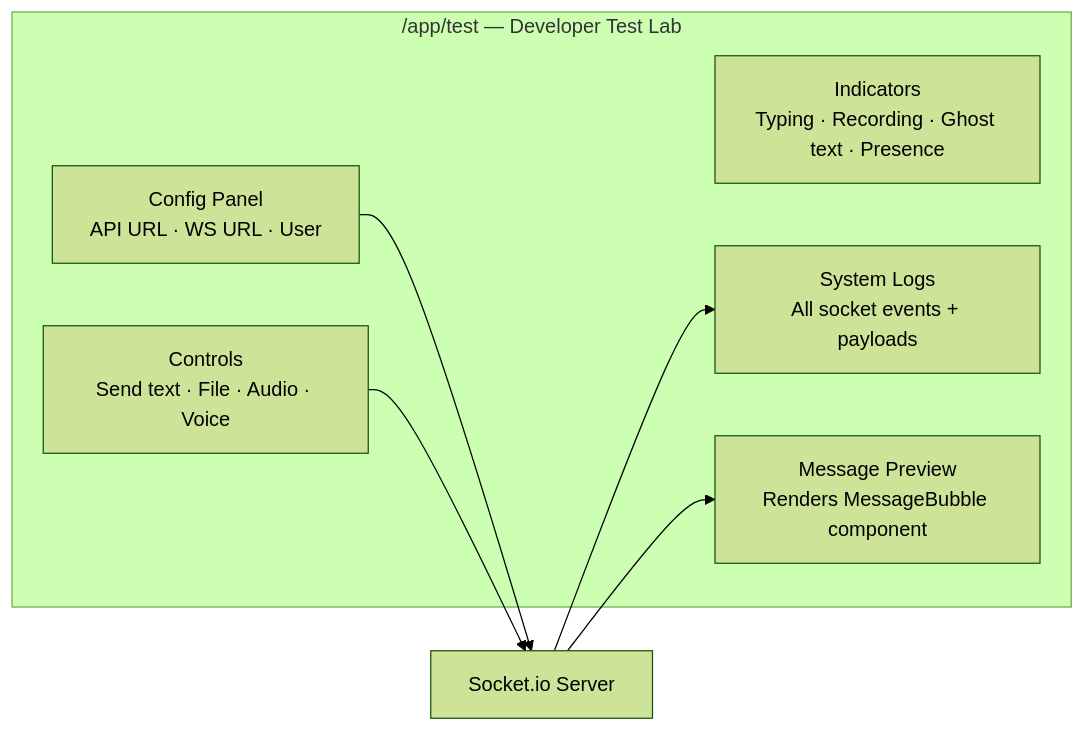
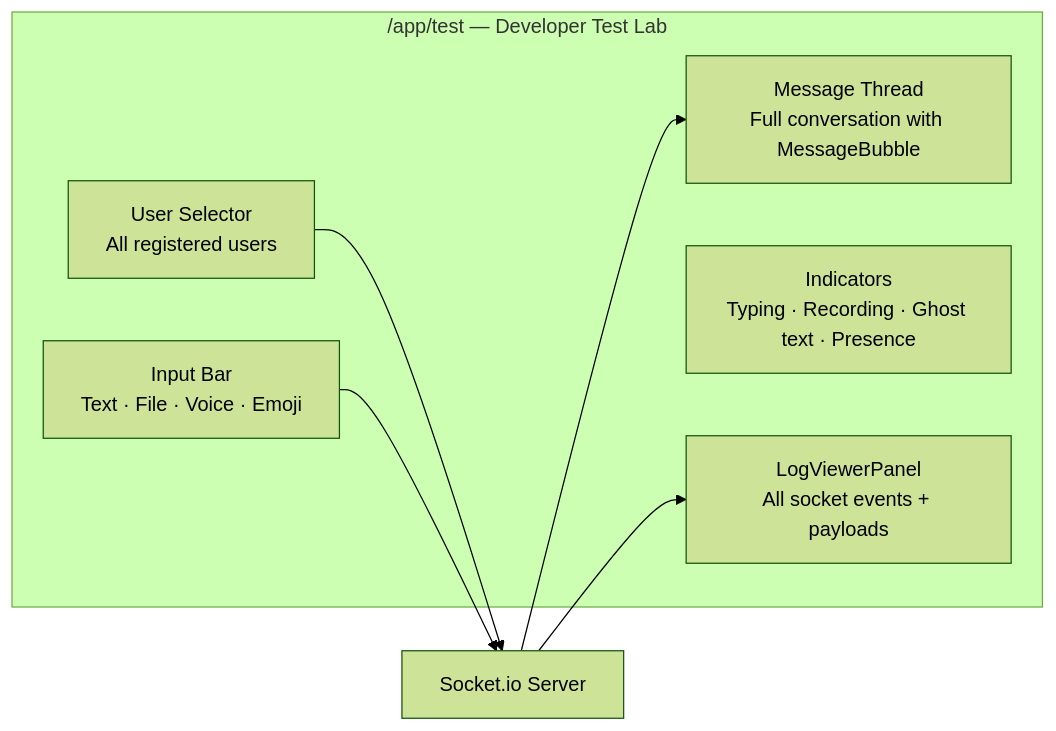
Before and after one commit to neofuture/chatr: the diagram in Documentation/Testing/index.md, drawn with Mermaid (forest theme). The commit also changed other lines of this file and 158 other files, not shown here.

````diff
--- a/Documentation/Testing/index.md
+++ b/Documentation/Testing/index.md
@@ -140,14 +140,14 @@
 ```mermaid
 graph LR
     subgraph TestLab["/app/test — Developer Test Lab"]
-        Config["Config Panel<br/>API URL · WS URL · User"]
-        Controls["Controls<br/>Send text · File · Audio · Voice"]
+        UserSelect["User Selector<br/>All registered users"]
+        MessageThread["Message Thread<br/>Full conversation with MessageBubble"]
+        InputBar["Input Bar<br/>Text · File · Voice · Emoji"]
         Indicators["Indicators<br/>Typing · Recording · Ghost text · Presence"]
-        Logs["System Logs<br/>All socket events + payloads"]
-        Messages["Message Preview<br/>Renders MessageBubble component"]
+        Logs["LogViewerPanel<br/>All socket events + payloads"]
     end
-    Config --> WS[Socket.io Server]
-    Controls --> WS
+    UserSelect --> WS[Socket.io Server]
+    InputBar --> WS
     WS --> Logs
-    WS --> Messages
+    WS --> MessageThread
 ```
````
